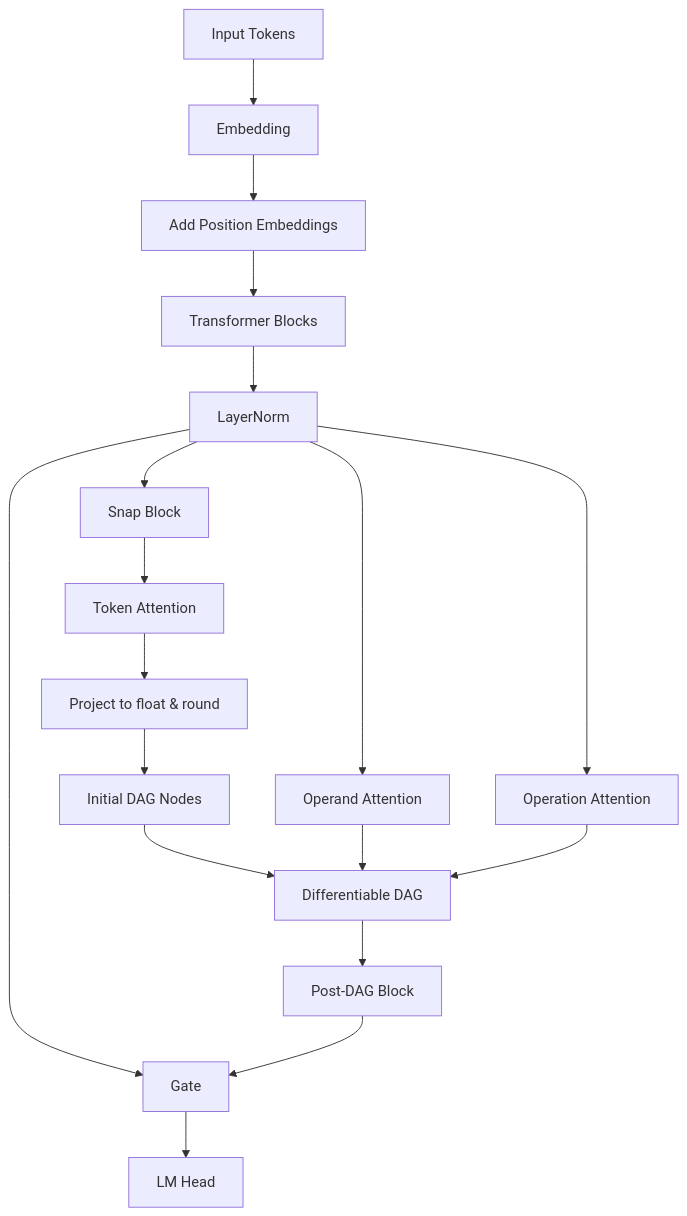
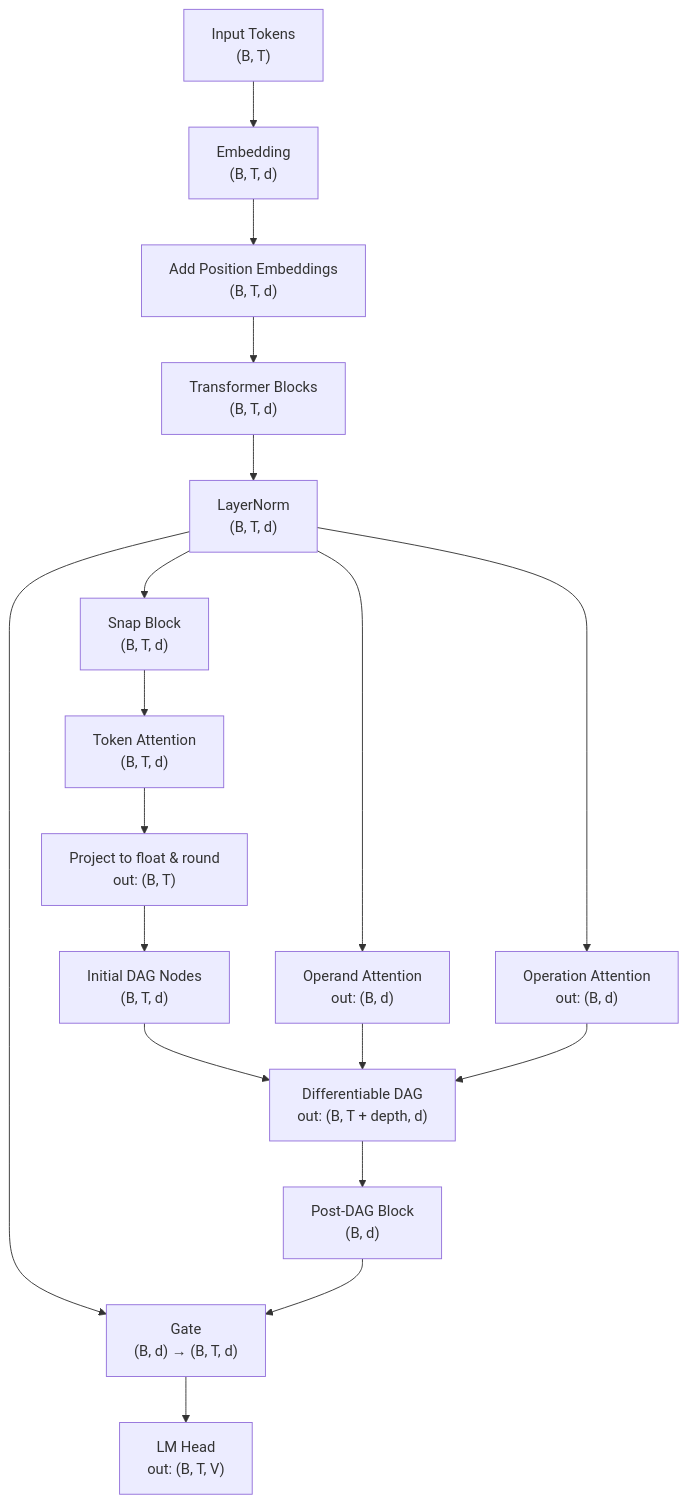
Before and after one commit to marict/nanoGPT-llm-extraction: the diagram in README.md, drawn with Mermaid.

Commit message:
Document tensor shapes in diagram

````diff
--- a/README.md
+++ b/README.md
@@ -21,20 +21,20 @@
 ```mermaid
 flowchart TD
-    A[Input Tokens] --> B[Embedding]
-    B --> C[Add Position Embeddings]
-    C --> D[Transformer Blocks]
-    D --> E[LayerNorm]
-    E --> F[Snap Block]
-    F --> G[Token Attention]
-    G --> H[Project to float & round]
-    H --> I[Initial DAG Nodes]
-    E --> O[Operand Attention]
-    E --> P[Operation Attention]
-    I --> J[Differentiable DAG]
+    A["Input Tokens<br/>(B, T)"] --> B["Embedding<br/>(B, T, d)"]
+    B --> C["Add Position Embeddings<br/>(B, T, d)"]
+    C --> D["Transformer Blocks<br/>(B, T, d)"]
+    D --> E["LayerNorm<br/>(B, T, d)"]
+    E --> F["Snap Block<br/>(B, T, d)"]
+    F --> G["Token Attention<br/>(B, T, d)"]
+    G --> H["Project to float & round<br/>out: (B, T)"]
+    H --> I["Initial DAG Nodes<br/>(B, T, d)"]
+    E --> O["Operand Attention<br/>out: (B, d)"]
+    E --> P["Operation Attention<br/>out: (B, d)"]
+    I --> J["Differentiable DAG<br/>out: (B, T + depth, d)"]
     O --> J
     P --> J
-    J --> K[Post-DAG Block]
-    E --> L[Gate]
+    J --> K["Post-DAG Block<br/>(B, d)"]
+    E --> L["Gate<br/>(B, d) → (B, T, d)"]
     K --> L
-    L --> M[LM Head]
+    L --> M["LM Head<br/>out: (B, T, V)"]
 ```
````
